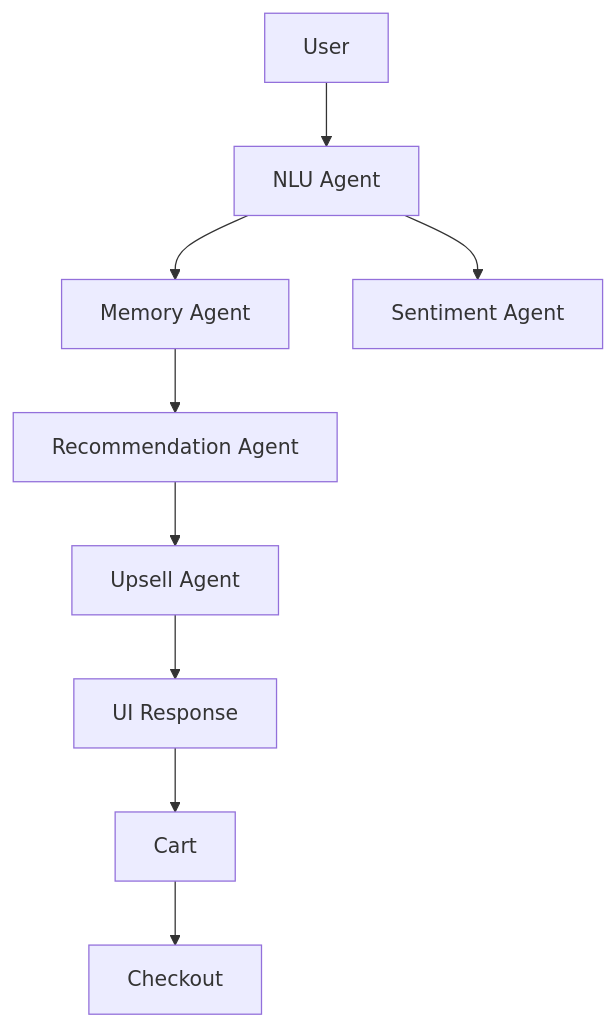
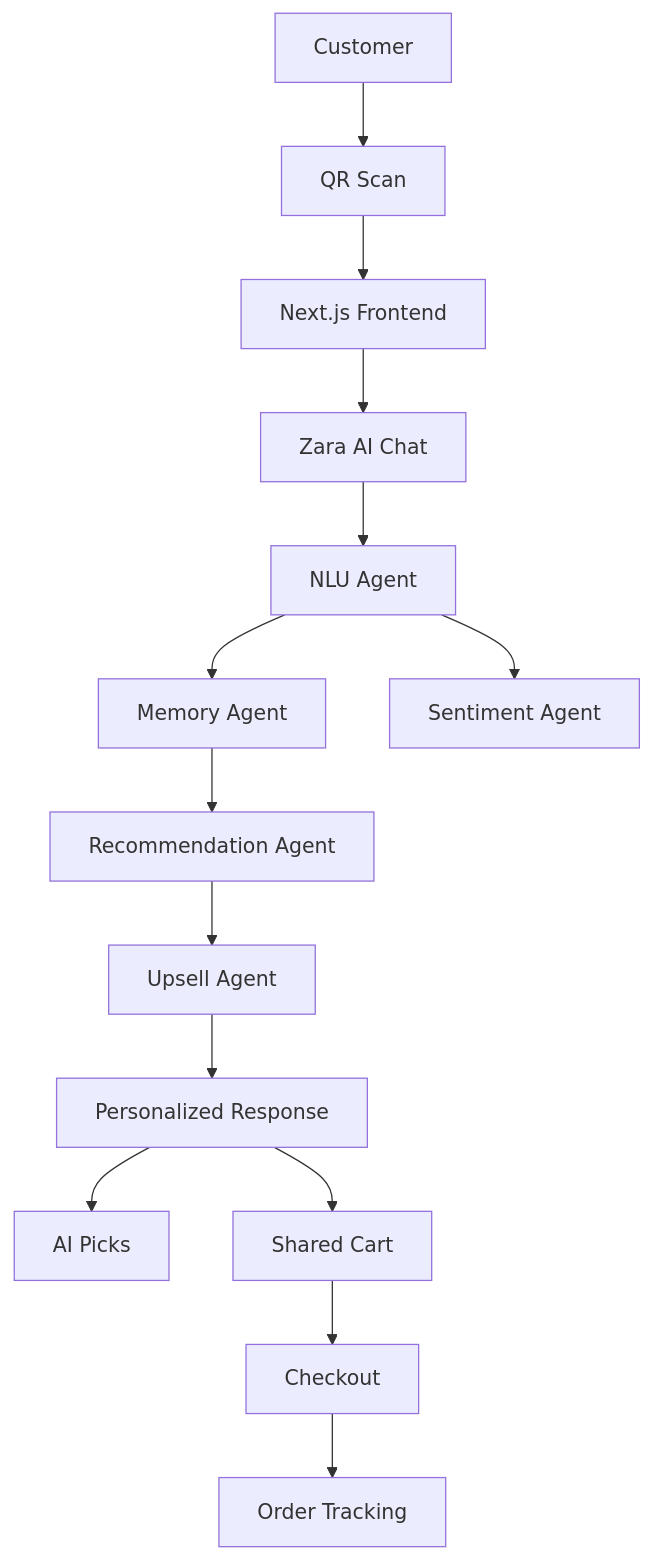
Before and after one commit to hefaaa/smart-dining-assistant: the diagram in README.md, drawn with Mermaid. The commit also changed other lines of this file, not shown here.

````diff
--- a/README.md
+++ b/README.md
@@ -17,21 +49,31 @@
 ```mermaid
 flowchart TD
 
-A[User]
+A[Customer]
 
-A --> B[NLU Agent]
+A --> B[QR Scan]
 
-B --> C[Memory Agent]
+B --> C[Next.js Frontend]
 
-C --> D[Recommendation Agent]
+C --> D[Zara AI Chat]
 
-D --> E[Upsell Agent]
+D --> E[NLU Agent]
 
-B --> F[Sentiment Agent]
+E --> F[Memory Agent]
 
-E --> G[UI Response]
+F --> G[Recommendation Agent]
 
-G --> H[Cart]
+G --> H[Upsell Agent]
 
-H --> I[Checkout]
+E --> I[Sentiment Agent]
+
+H --> J[Personalized Response]
+
+J --> K[AI Picks]
+
+J --> L[Shared Cart]
+
+L --> M[Checkout]
+
+M --> N[Order Tracking]
 ```
````
